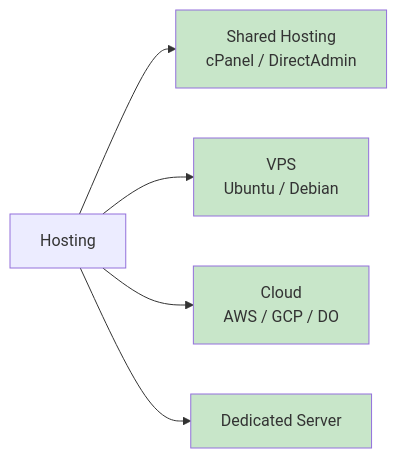
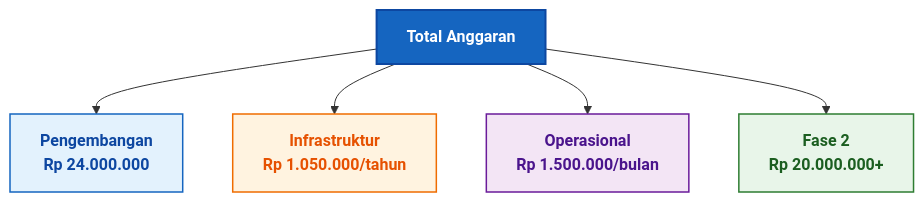
One commit to sekarpratama/project1 changed diagram 17 of 19 in README.md. Above: the diagram before and after it, drawn with Mermaid. The commit also changed other lines of this file, not shown here.

````diff
--- a/README.md
+++ b/README.md
@@ -1046,12 +1071,20 @@
 ```mermaid
-flowchart LR
-    A["Hosting"] --> B["Shared Hosting<br/>cPanel / DirectAdmin"]
-    A --> C["VPS<br/>Ubuntu / Debian"]
-    A --> D["Cloud<br/>AWS / GCP / DO"]
-    A --> E["Dedicated Server"]
+flowchart TB
+    A["Total Anggaran"]:::root
 
-    style B fill:#c8e6c9
-    style C fill:#c8e6c9
-    style D fill:#c8e6c9
-    style E fill:#c8e6c9
+    B["Pengembangan<br/>Rp 24.000.000"]:::dev
+    C["Infrastruktur<br/>Rp 1.050.000/tahun"]:::infra
+    D["Operasional<br/>Rp 1.500.000/bulan"]:::ops
+    E["Fase 2<br/>Rp 20.000.000+"]:::fase
+
+    A --> B
+    A --> C
+    A --> D
+    A --> E
+
+    classDef root fill:#1565c0,stroke:#0d47a1,stroke-width:2px,color:#ffffff,font-weight:bold
+    classDef dev fill:#e3f2fd,stroke:#1565c0,stroke-width:1.5px,color:#0d47a1
+    classDef infra fill:#fff3e0,stroke:#ef6c00,stroke-width:1.5px,color:#e65100
+    classDef ops fill:#f3e5f5,stroke:#6a1b9a,stroke-width:1.5px,color:#4a148c
+    classDef fase fill:#e8f5e9,stroke:#2e7d32,stroke-width:1.5px,color:#1b5e20
 ```
````
